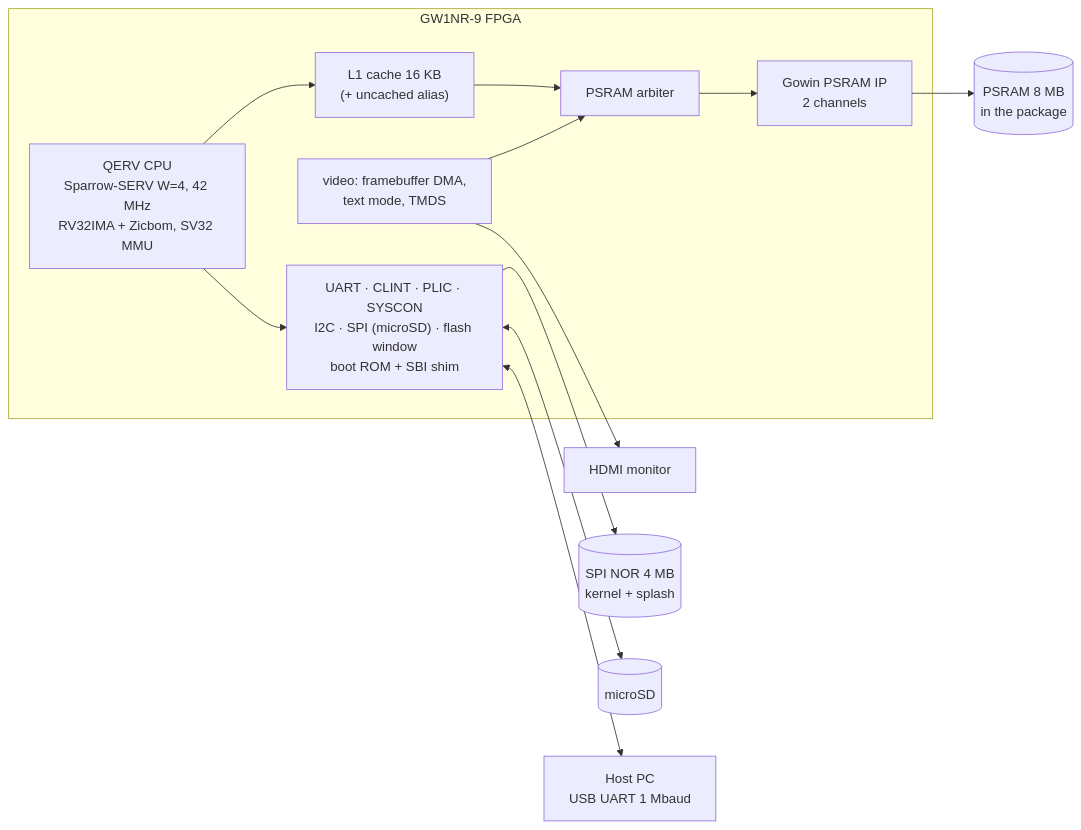
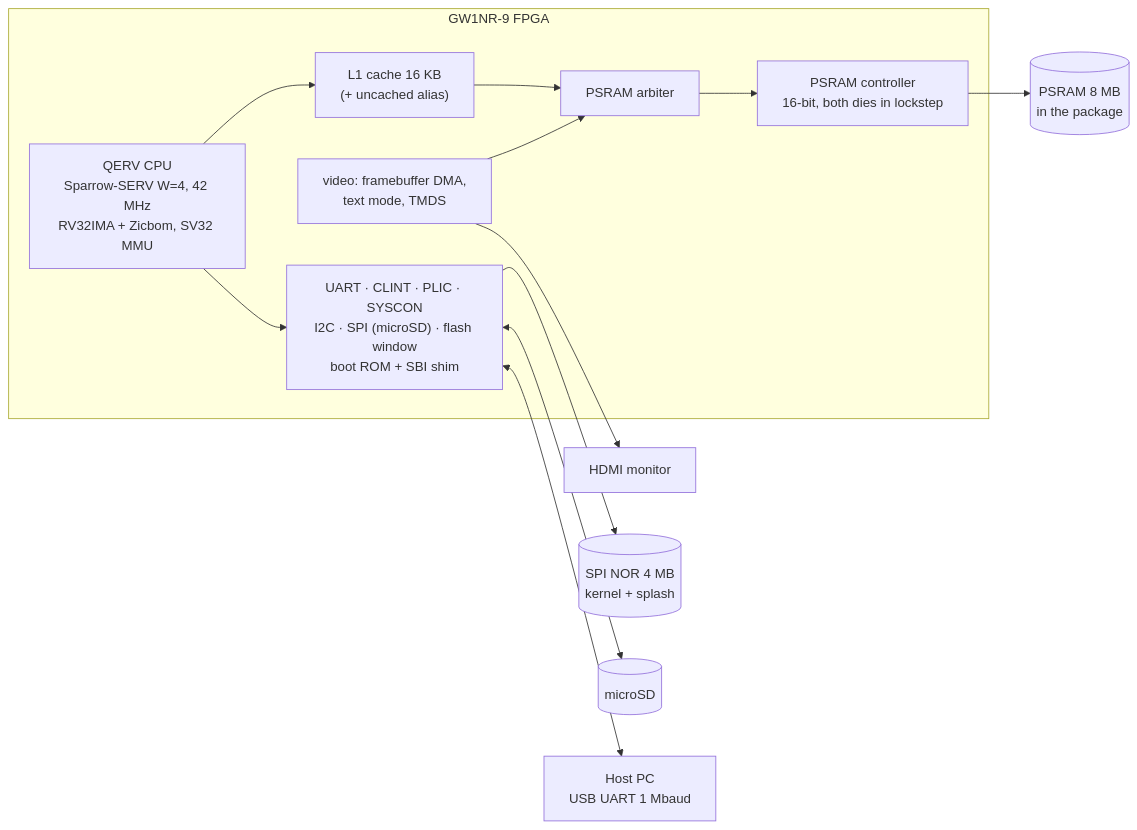
The diagram in doc/README.md (phoenix367/tang_nano_9K_linux), drawn with Mermaid before and after one commit. The commit also changed other lines of this file and 37 other files, not shown here.

````diff
--- a/doc/README.md
+++ b/doc/README.md
@@ -16,24 +16,24 @@
 ```mermaid
 graph LR
   subgraph FPGA["GW1NR-9 FPGA"]
     CPU["QERV CPU<br/>Sparrow-SERV W=4, 42 MHz<br/>RV32IMA + Zicbom, SV32 MMU"]
     CACHE["L1 cache 16 KB<br/>(+ uncached alias)"]
     ARB["PSRAM arbiter"]
-    IP["Gowin PSRAM IP<br/>2 channels"]
+    HR["PSRAM controller<br/>16-bit, both dies in lockstep"]
     VID["video: framebuffer DMA,<br/>text mode, TMDS"]
     PER["UART · CLINT · PLIC · SYSCON<br/>I2C · SPI (microSD) · flash window<br/>boot ROM + SBI shim"]
   end
   PSRAM[("PSRAM 8 MB<br/>in the package")]
   FLASH[("SPI NOR 4 MB<br/>kernel + splash")]
   HDMI["HDMI monitor"]
   HOST["Host PC<br/>USB UART 1 Mbaud"]
   SD[("microSD")]
 
-  CPU --> CACHE --> ARB --> IP --> PSRAM
+  CPU --> CACHE --> ARB --> HR --> PSRAM
   VID --> ARB
   CPU --> PER
   PER --> FLASH
   PER <--> SD
   PER <--> HOST
   VID --> HDMI
 ```
````
